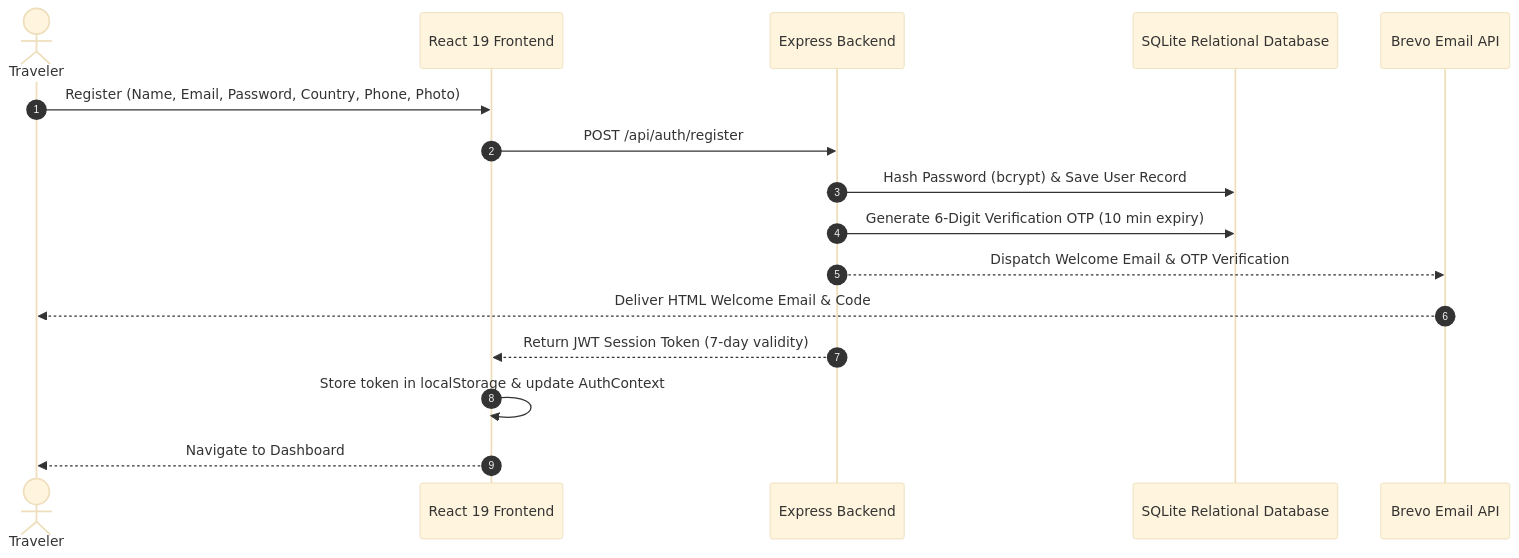
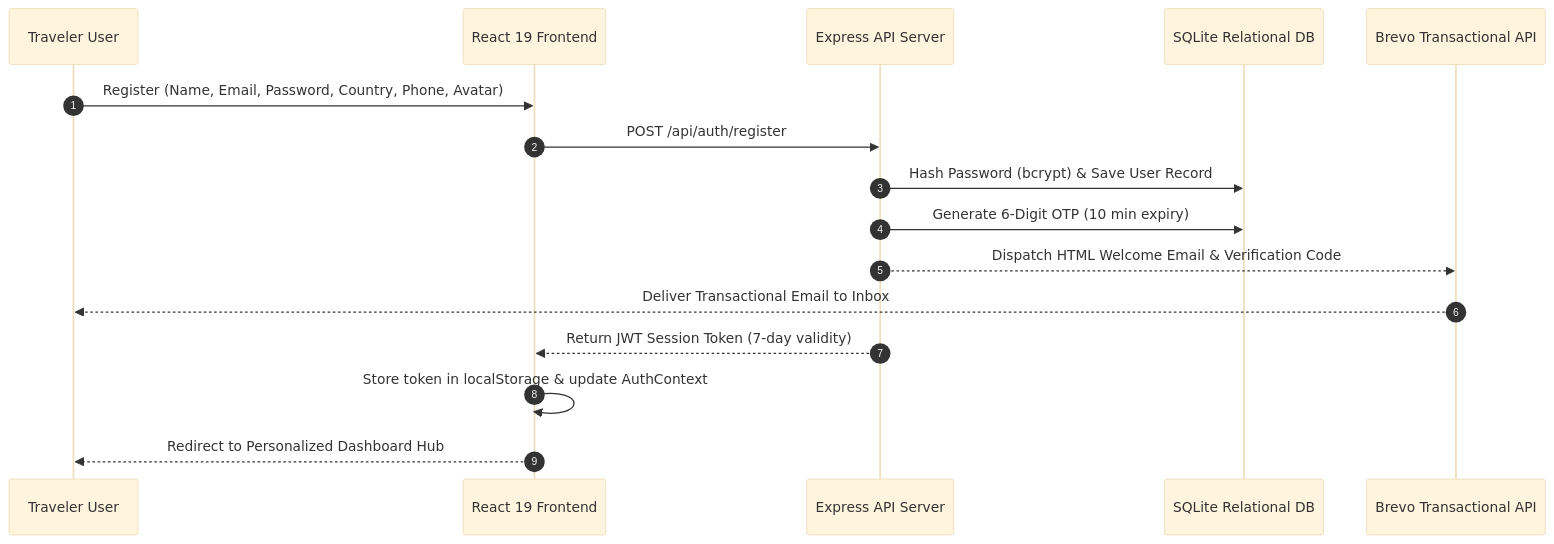
The fourth of 4 diagrams in README.md (anandK-S/GlobeTrotter), drawn with Mermaid (base theme) before and after one commit. The commit also changed other lines of this file, not shown here.

Commit message:
docs: fix Mermaid syntax for 100% GitHub rendering, add requirements alignment matrix and relational schema tables

````diff
--- a/README.md
+++ b/README.md
@@ -240,19 +237,19 @@
 ```mermaid
 sequenceDiagram
     autonumber
-    actor Traveler as Traveler
+    participant Traveler as Traveler User
     participant Frontend as React 19 Frontend
-    participant Backend as Express Backend
-    participant DB as SQLite Relational Database
-    participant Brevo as Brevo Email API
+    participant Backend as Express API Server
+    participant DB as SQLite Relational DB
+    participant Brevo as Brevo Transactional API
 
-    Traveler->>Frontend: Register (Name, Email, Password, Country, Phone, Photo)
+    Traveler->>Frontend: Register (Name, Email, Password, Country, Phone, Avatar)
     Frontend->>Backend: POST /api/auth/register
     Backend->>DB: Hash Password (bcrypt) & Save User Record
-    Backend->>DB: Generate 6-Digit Verification OTP (10 min expiry)
-    Backend-->>Brevo: Dispatch Welcome Email & OTP Verification
-    Brevo-->>Traveler: Deliver HTML Welcome Email & Code
+    Backend->>DB: Generate 6-Digit OTP (10 min expiry)
+    Backend-->>Brevo: Dispatch HTML Welcome Email & Verification Code
+    Brevo-->>Traveler: Deliver Transactional Email to Inbox
     Backend-->>Frontend: Return JWT Session Token (7-day validity)
     Frontend->>Frontend: Store token in localStorage & update AuthContext
-    Frontend-->>Traveler: Navigate to Dashboard
+    Frontend-->>Traveler: Redirect to Personalized Dashboard Hub
 ```
````
